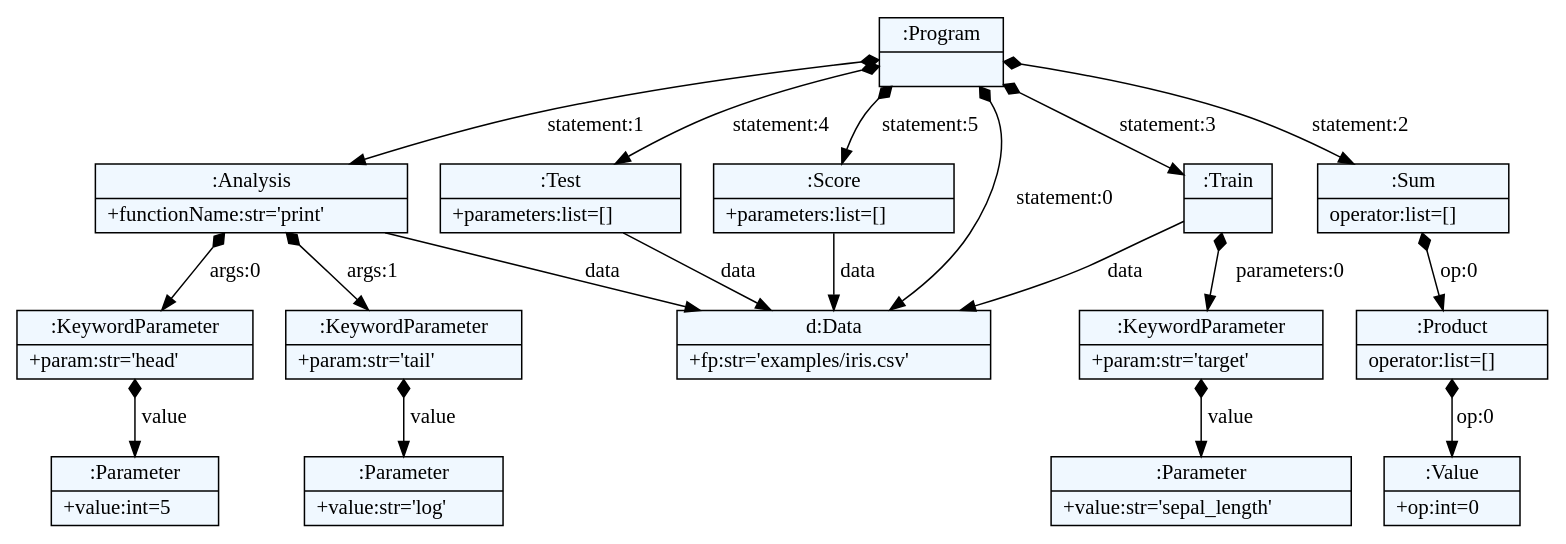
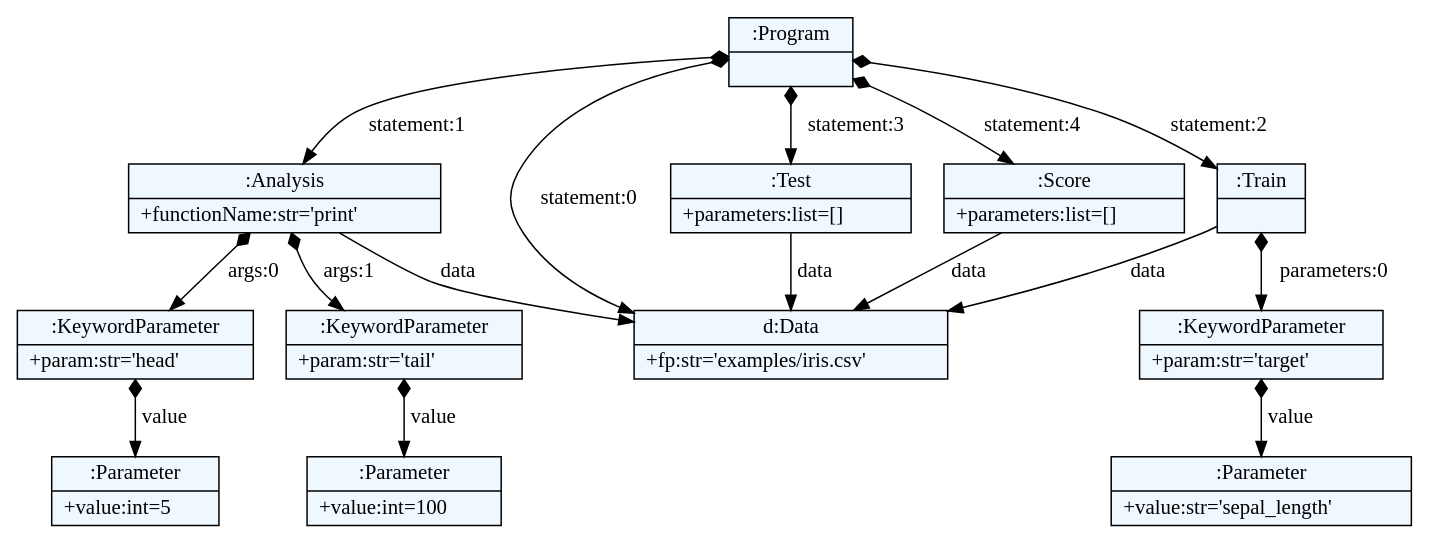
One commit to robinjack/dsl_for_data_analysis changed the diagram in examples/test.dot. Above: the diagram before and after it, drawn with Graphviz. The commit also changed 67 other files, not shown here.

```diff
--- a/examples/test.dot
+++ b/examples/test.dot
@@ -1,48 +1,42 @@
 
     digraph textX {
     fontname = "Bitstream Vera Sans"
     fontsize = 8
     node[
         shape=record,
         style=filled,
         fillcolor=aliceblue
     ]
     nodesep = 0.3
     edge[dir=black,arrowtail=empty]
 
 
-4558035216 -> 4558034576 [label="statement:0" arrowtail=diamond dir=both]
-4558034576[label="{d:Data|+fp:str='examples/iris.csv'\l}"]
-4558035216 -> 4558033488 [label="statement:1" arrowtail=diamond dir=both]
-4558033488 -> 4558034576 [label="data" ]
-4558033488 -> 4557944720 [label="args:0" arrowtail=diamond dir=both]
-4557944720 -> 4557945424 [label="value" arrowtail=diamond dir=both]
-4557945424[label="{:Parameter|+value:int=5\l}"]
-4557944720[label="{:KeywordParameter|+param:str='head'\l}"]
-4558033488 -> 4557942864 [label="args:1" arrowtail=diamond dir=both]
-4557942864 -> 4557943504 [label="value" arrowtail=diamond dir=both]
-4557943504[label="{:Parameter|+value:str='log'\l}"]
-4557942864[label="{:KeywordParameter|+param:str='tail'\l}"]
-4558033488[label="{:Analysis|+functionName:str='print'\l}"]
-4558035216 -> 4558034256 [label="statement:2" arrowtail=diamond dir=both]
-4558034256 -> 4558033872 [label="op:0" arrowtail=diamond dir=both]
-4558033872 -> 4557944208 [label="op:0" arrowtail=diamond dir=both]
-4557944208[label="{:Value|+op:int=0\l}"]
-4558033872[label="{:Product|operator:list=[]\l}"]
-4558034256[label="{:Sum|operator:list=[]\l}"]
-4558035216 -> 4558034384 [label="statement:3" arrowtail=diamond dir=both]
-4558034384 -> 4558034576 [label="data" ]
-4558034384 -> 4557942928 [label="parameters:0" arrowtail=diamond dir=both]
-4557942928 -> 4557944144 [label="value" arrowtail=diamond dir=both]
-4557944144[label="{:Parameter|+value:str='sepal_length'\l}"]
-4557942928[label="{:KeywordParameter|+param:str='target'\l}"]
-4558034384[label="{:Train|}"]
-4558035216 -> 4557945040 [label="statement:4" arrowtail=diamond dir=both]
-4557945040 -> 4558034576 [label="data" ]
-4557945040[label="{:Test|+parameters:list=[]\l}"]
-4558035216 -> 4557943312 [label="statement:5" arrowtail=diamond dir=both]
-4557943312 -> 4558034576 [label="data" ]
-4557943312[label="{:Score|+parameters:list=[]\l}"]
-4558035216[label="{:Program|}"]
+4744555408 -> 4744553936 [label="statement:0" arrowtail=diamond dir=both]
+4744553936[label="{d:Data|+fp:str='examples/iris.csv'\l}"]
+4744555408 -> 4744552720 [label="statement:1" arrowtail=diamond dir=both]
+4744552720 -> 4744553936 [label="data" ]
+4744552720 -> 4744554384 [label="args:0" arrowtail=diamond dir=both]
+4744554384 -> 4744554576 [label="value" arrowtail=diamond dir=both]
+4744554576[label="{:Parameter|+value:int=5\l}"]
+4744554384[label="{:KeywordParameter|+param:str='head'\l}"]
+4744552720 -> 4744554448 [label="args:1" arrowtail=diamond dir=both]
+4744554448 -> 4744655120 [label="value" arrowtail=diamond dir=both]
+4744655120[label="{:Parameter|+value:int=100\l}"]
+4744554448[label="{:KeywordParameter|+param:str='tail'\l}"]
+4744552720[label="{:Analysis|+functionName:str='print'\l}"]
+4744555408 -> 4744554704 [label="statement:2" arrowtail=diamond dir=both]
+4744554704 -> 4744553936 [label="data" ]
+4744554704 -> 4744655440 [label="parameters:0" arrowtail=diamond dir=both]
+4744655440 -> 4744656784 [label="value" arrowtail=diamond dir=both]
+4744656784[label="{:Parameter|+value:str='sepal_length'\l}"]
+4744655440[label="{:KeywordParameter|+param:str='target'\l}"]
+4744554704[label="{:Train|}"]
+4744555408 -> 4744555344 [label="statement:3" arrowtail=diamond dir=both]
+4744555344 -> 4744553936 [label="data" ]
+4744555344[label="{:Test|+parameters:list=[]\l}"]
+4744555408 -> 4744655568 [label="statement:4" arrowtail=diamond dir=both]
+4744655568 -> 4744553936 [label="data" ]
+4744655568[label="{:Score|+parameters:list=[]\l}"]
+4744555408[label="{:Program|}"]
 
 }
```
